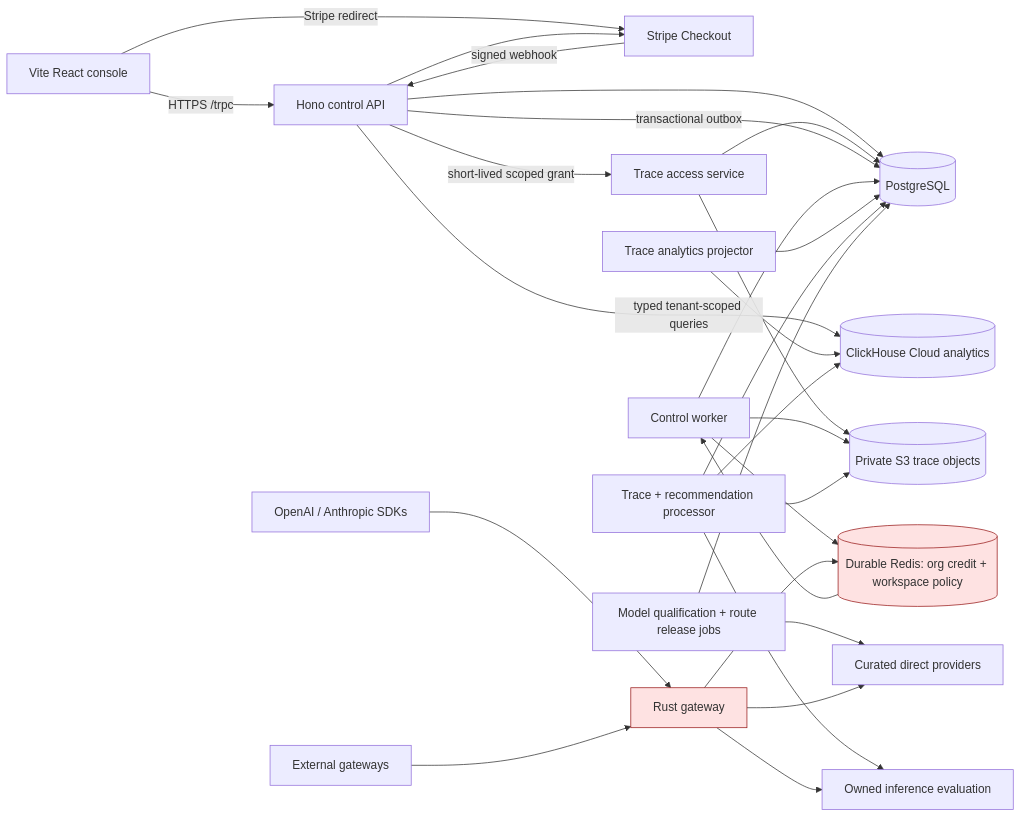
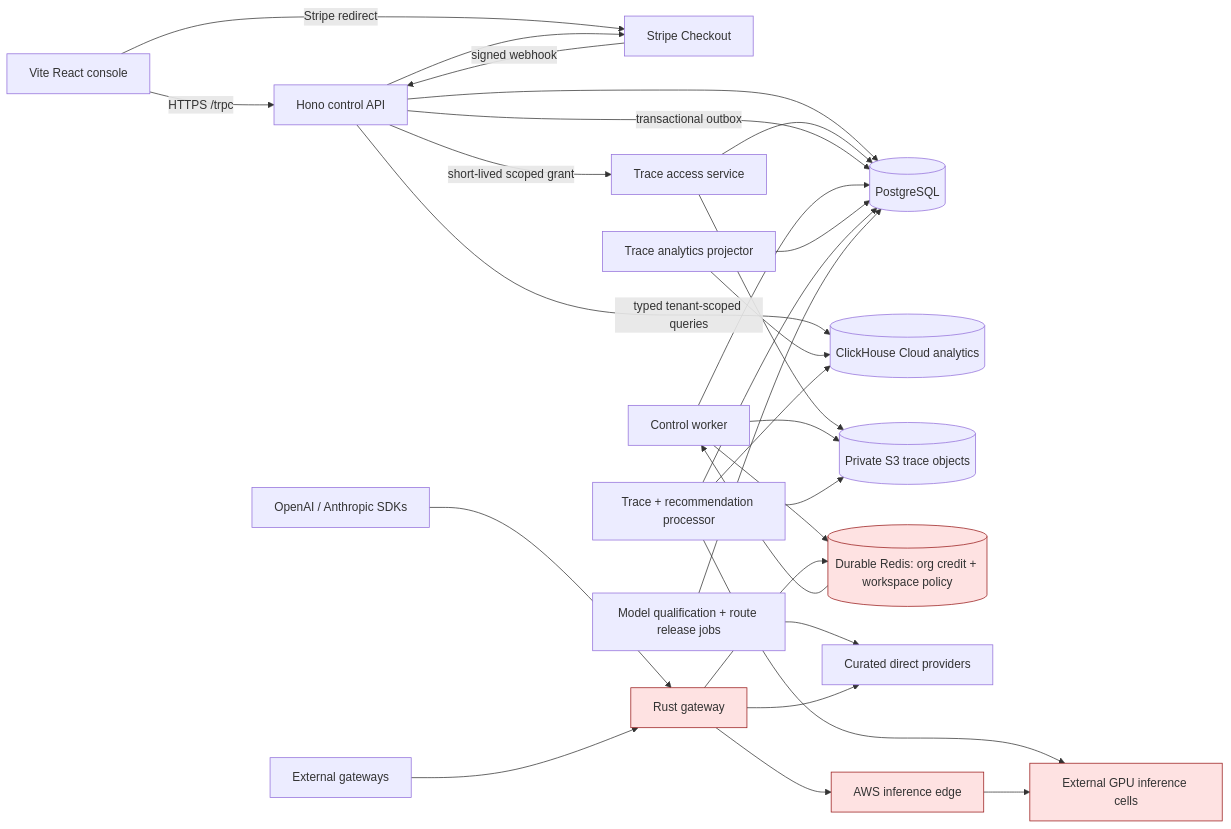
One commit to Gradiated/gradiated changed the first of 2 diagrams in product/docs/ARCHITECTURE.md. Above: the diagram before and after it, drawn with Mermaid. The commit also changed other lines of this file and 16 other files, not shown here.

````diff
--- a/product/docs/ARCHITECTURE.md
+++ b/product/docs/ARCHITECTURE.md
@@ -5,34 +5,35 @@
 ```mermaid
 flowchart LR
   Browser[Vite React console] -->|HTTPS /trpc| API[Hono control API]
   Browser -->|Stripe redirect| Stripe[Stripe Checkout]
   API --> PG[(PostgreSQL)]
   API -->|typed tenant-scoped queries| CH[(ClickHouse Cloud analytics)]
   API -->|short-lived scoped grant| TraceAccess[Trace access service]
   TraceAccess --> Traces[(Private S3 trace objects)]
   TraceAccess --> PG
   API --> Stripe
   Stripe -->|signed webhook| API
   API -->|transactional outbox| PG
   Worker[Control worker] --> PG
   Worker --> Redis[(Durable Redis: org credit + workspace policy)]
   Redis --> Worker
   Worker --> Traces
   Projector[Trace analytics projector] --> PG
   Projector --> CH
   TraceProcessor[Trace + recommendation processor] --> Traces
   TraceProcessor --> CH
   TraceProcessor --> PG
   TraceProcessor --> Owned[Owned inference evaluation]
   ModelOps[Model qualification + route release jobs] --> PG
   ModelOps --> Providers
 
   Clients[OpenAI / Anthropic SDKs] --> Gateway[Rust gateway]
   External[External gateways] --> Gateway
   Gateway --> Redis
   Gateway --> Providers[Curated direct providers]
-  Gateway --> Owned
+  Gateway --> Edge[AWS inference edge]
+  Edge --> Owned[External GPU inference cells]
 
   classDef hot fill:#fee2e2,stroke:#991b1b;
-  class Gateway,Redis hot;
+  class Gateway,Redis,Edge,Owned hot;
 ```
````
